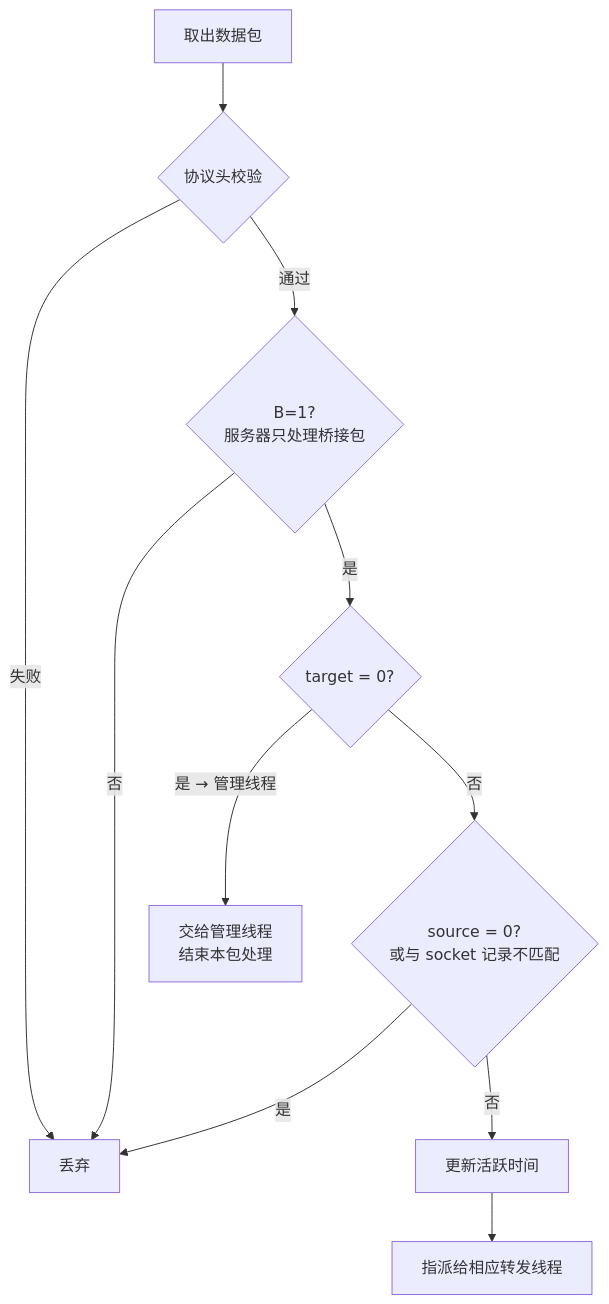
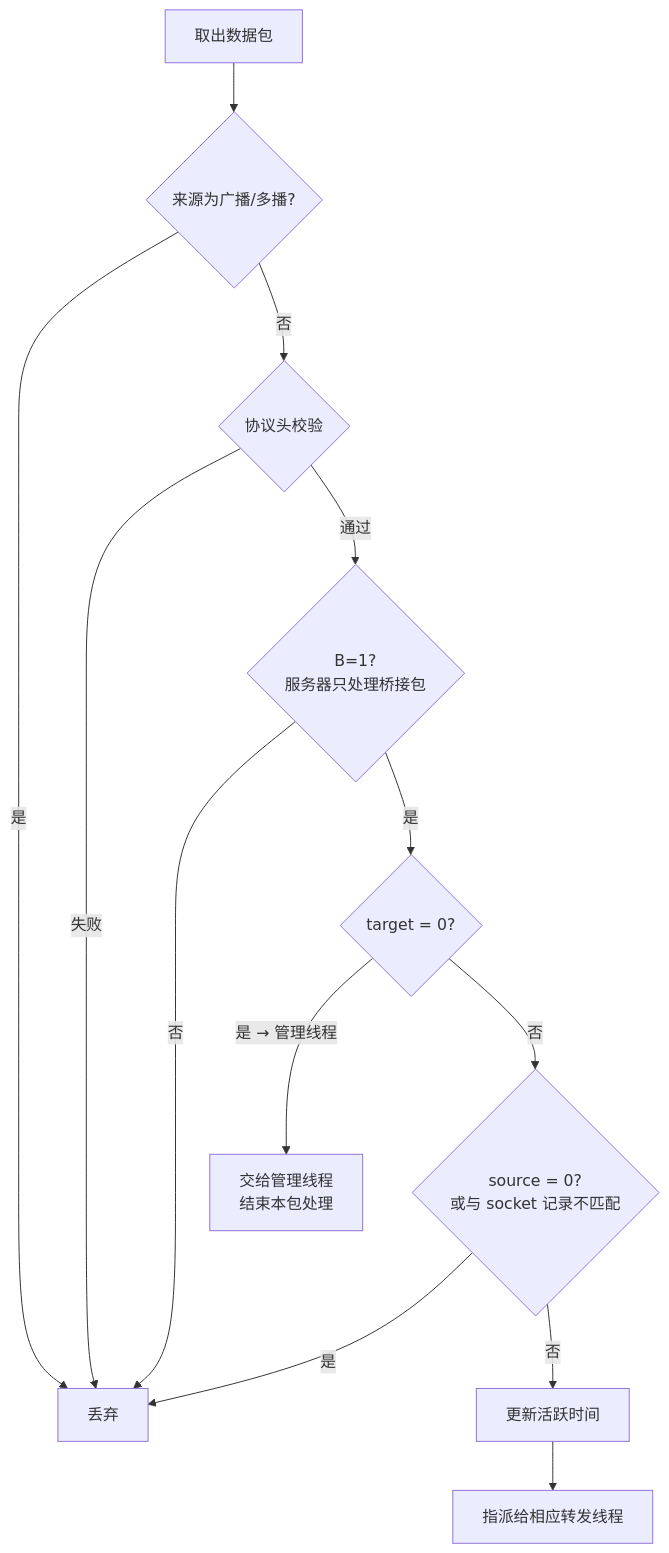
Before and after one commit to moky/magpie: the first of 5 diagrams in docs/server.md, drawn with Mermaid. The commit also changed other lines of this file and 8 other files, not shown here.

````diff
--- a/docs/server.md
+++ b/docs/server.md
@@ -31,13 +32,15 @@
 ```mermaid
 flowchart TD
-    P[取出数据包] --> C1{协议头校验}
-    C1 -- "失败" --> D1[丢弃]
+    P[取出数据包] --> C0{"来源为广播/多播?"}
+    C0 -- "是" --> D1[丢弃]
+    C0 -- "否" --> C1{协议头校验}
+    C1 -- "失败" --> D1
     C1 -- "通过" --> C2{"B=1?<br/>服务器只处理桥接包"}
     C2 -- "否" --> D1
     C2 -- "是" --> C3{"target = 0?"}
     C3 -- "是 → 管理线程" --> MGMT[交给管理线程<br/>结束本包处理]
     C3 -- "否" --> C4{"source = 0?<br/>或与 socket 记录不匹配"}
     C4 -- "是" --> D1
     C4 -- "否" --> UP[更新活跃时间]
     UP --> ASG[指派给相应转发线程]
 ```
````
